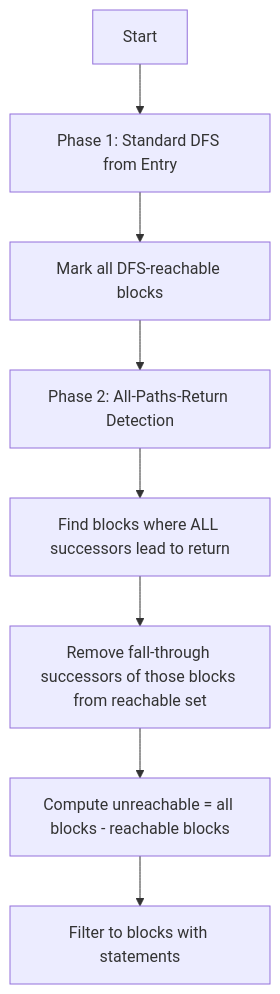
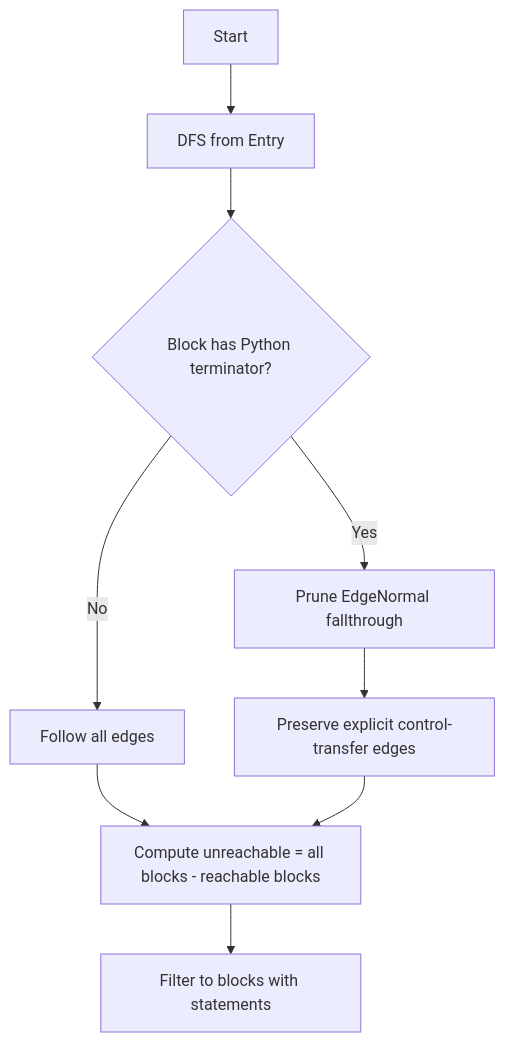
The second of 2 diagrams in docs/algorithms/dead-code.md (ludo-technologies/pyscn), drawn with Mermaid before and after one commit. The commit also changed other lines of this file and 18 other files, not shown here.

````diff
--- a/docs/algorithms/dead-code.md
+++ b/docs/algorithms/dead-code.md
@@ -204,10 +202,11 @@
 ```mermaid
 graph TD
-    A[Start] --> B[Phase 1: Standard DFS from Entry]
-    B --> C[Mark all DFS-reachable blocks]
-    C --> D[Phase 2: All-Paths-Return Detection]
-    D --> E[Find blocks where ALL successors lead to return]
-    E --> F[Remove fall-through successors of those blocks from reachable set]
-    F --> G[Compute unreachable = all blocks - reachable blocks]
+    A[Start] --> B[DFS from Entry]
+    B --> C{Block has Python terminator?}
+    C -->|No| D[Follow all edges]
+    C -->|Yes| E[Prune EdgeNormal fallthrough]
+    E --> F[Preserve explicit control-transfer edges]
+    D --> G[Compute unreachable = all blocks - reachable blocks]
+    F --> G
     G --> H[Filter to blocks with statements]
 ```
````
